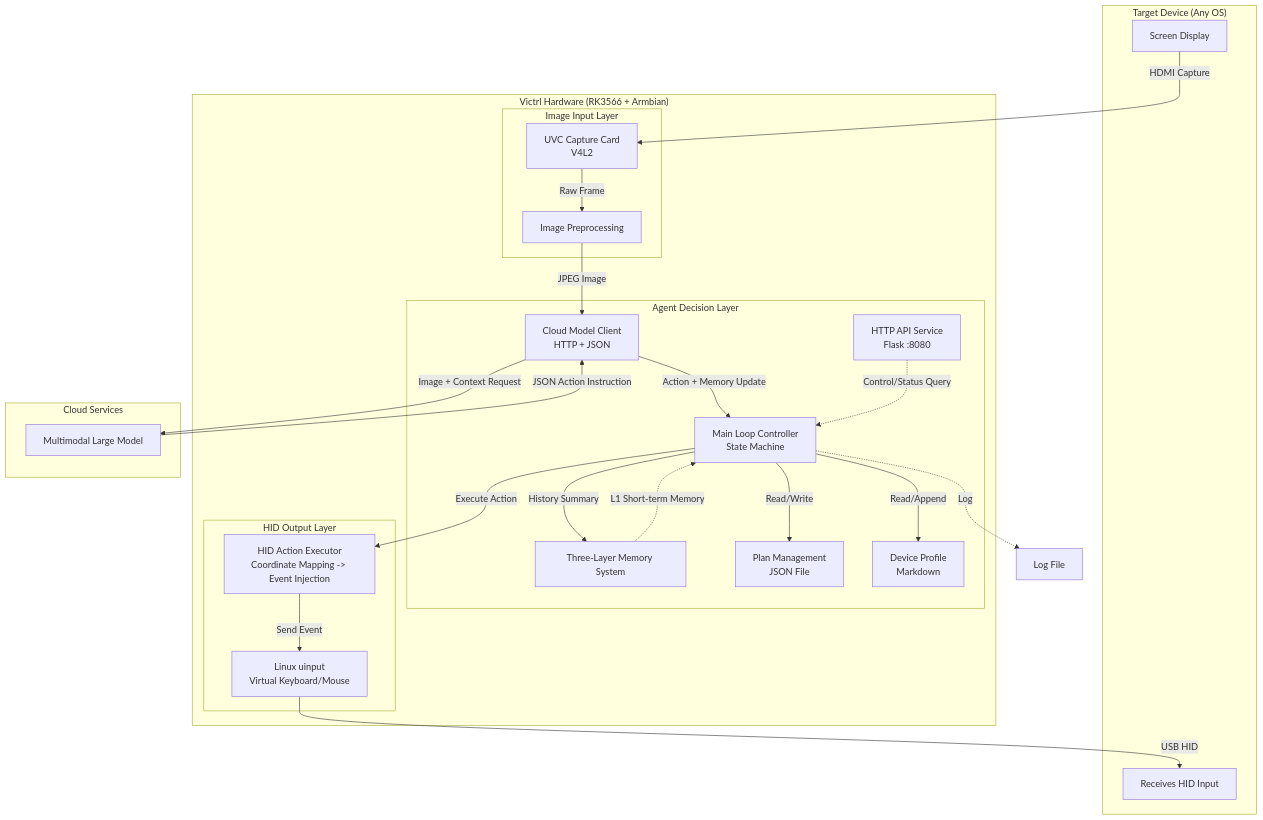
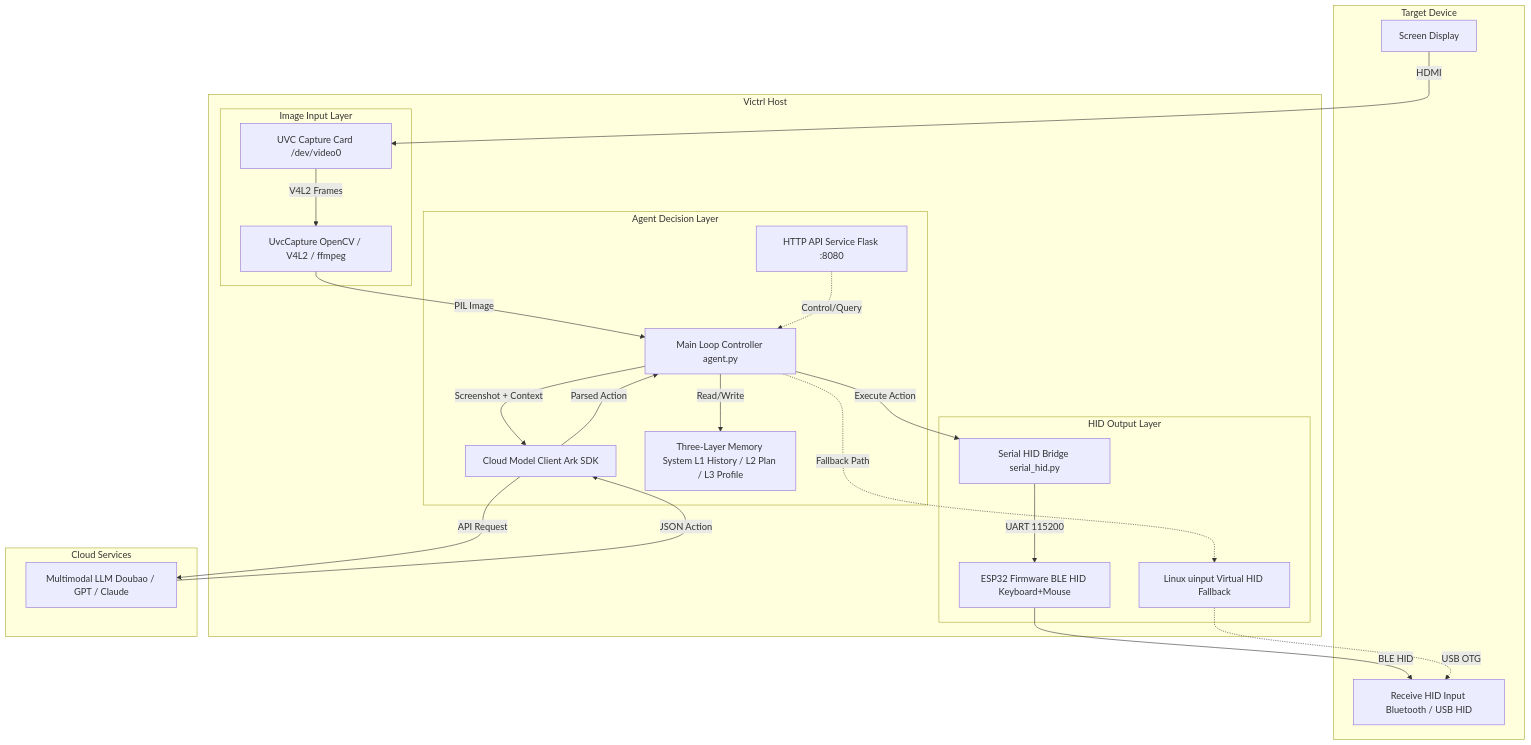
The diagram in Docs/Technical Document.md (Dioxgen/Victrl), drawn with Mermaid before and after one commit. The commit also changed other lines of this file and 24 other files, not shown here.

````diff
--- a/Docs/Technical Document.md
+++ b/Docs/Technical Document.md
@@ -5,51 +9,49 @@
 ```mermaid
 graph TD
-    subgraph "Target Device (Any OS)"
+    subgraph "Target Device"
         Screen[Screen Display]
-        HID_Target[Receives HID Input]
+        HID_Target[Receive HID Input Bluetooth / USB HID]
     end
 
-    subgraph "Victrl Hardware (RK3566 + Armbian)"
+    subgraph "Victrl Host"
         subgraph "Image Input Layer"
-            UVC[UVC Capture Card<br>V4L2]
-            Preproc[Image Preprocessing]
+            UVC[UVC Capture Card /dev/video0]
+            Capture[UvcCapture OpenCV / V4L2 / ffmpeg]
         end
 
         subgraph "Agent Decision Layer"
-            Memory[Three-Layer Memory System]
-            Plan[Plan Management<br>JSON File]
-            Profile[Device Profile<br>Markdown]
-            CloudClient[Cloud Model Client<br>HTTP + JSON]
-            StateMachine[Main Loop Controller<br>State Machine]
-            HTTPServer[HTTP API Service<br>Flask :8080]
+            Agent[Main Loop Controller agent.py]
+            CloudClient[Cloud Model Client Ark SDK]
+            Memory[Three-Layer Memory System L1 History / L2 Plan / L3 Profile]
+            HTTPServer[HTTP API Service Flask :8080]
         end
 
         subgraph "HID Output Layer"
-            Uinput[Linux uinput<br>Virtual Keyboard/Mouse]
-            HID_Exec[HID Action Executor<br>Coordinate Mapping -> Event Injection]
+            SerialBridge[Serial HID Bridge serial_hid.py]
+            ESP32[ESP32 Firmware BLE HID Keyboard+Mouse]
+            Uinput[Linux uinput Virtual HID Fallback]
         end
     end
 
     subgraph "Cloud Services"
-        VLM[Multimodal Large Model]
+        VLM[Multimodal LLM Doubao / GPT / Claude]
     end
 
-    %% Data Flow
-    Screen -->|HDMI Capture| UVC
-    UVC -->|Raw Frame| Preproc
-    Preproc -->|JPEG Image| CloudClient
-    CloudClient -->|Image + Context Request| VLM
-    VLM -->|JSON Action Instruction| CloudClient
-    CloudClient -->|Action + Memory Update| StateMachine
-    StateMachine -->|Read/Write| Plan
-    StateMachine -->|Read/Append| Profile
-    StateMachine -->|History Summary| Memory
-    Memory -.->|L1 Short-term Memory| StateMachine
-    StateMachine -->|Execute Action| HID_Exec
-    HID_Exec -->|Send Event| Uinput
-    Uinput -->|USB HID| HID_Target
+    %% Main Data Flow
+    Screen -->|HDMI| UVC
+    UVC -->|V4L2 Frames| Capture
+    Capture -->|PIL Image| Agent
+    Agent -->|Screenshot + Context| CloudClient
+    CloudClient -->|API Request| VLM
+    VLM -->|JSON Action| CloudClient
+    CloudClient -->|Parsed Action| Agent
+    Agent -->|Read/Write| Memory
+    Agent -->|Execute Action| SerialBridge
+    SerialBridge -->|UART 115200| ESP32
+    ESP32 -->|BLE HID| HID_Target
+    Agent -.->|Fallback Path| Uinput
+    Uinput -.->|USB OTG| HID_Target
 
     %% Auxiliary Flow
-    HTTPServer -.->|Control/Status Query| StateMachine
-    StateMachine -.->|Log| Log[Log File]
+    HTTPServer -.->|Control/Query| Agent
 ```
````
